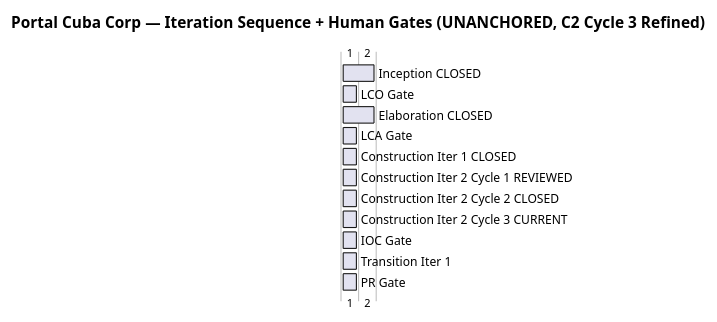
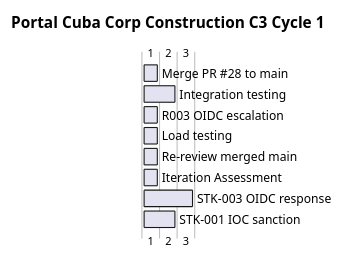
One commit to banense-test/portal-cuba-corp changed the second of 2 diagrams in docs/artifacts/project-management/iteration-plan.md. Above: the diagram before and after it, drawn with PlantUML. The commit also changed other lines of this file, not shown here.

First line of the commit message:
Project Manager [C3]: upsert Iteration Plan

````diff
--- a/docs/artifacts/project-management/iteration-plan.md
+++ b/docs/artifacts/project-management/iteration-plan.md
@@ -46,17 +77,14 @@
 ```plantuml
 @startgantt
-title Portal Cuba Corp — Iteration Sequence + Human Gates (UNANCHORED, C2 Cycle 3 Refined)
+title Portal Cuba Corp Construction C3 Cycle 1
 
-[Inception CLOSED] lasts 2 days
-[LCO Gate] lasts 1 day
-[Elaboration CLOSED] lasts 2 days
-[LCA Gate] lasts 1 day
-[Construction Iter 1 CLOSED] lasts 1 day
-[Construction Iter 2 Cycle 1 REVIEWED] lasts 1 day
-[Construction Iter 2 Cycle 2 CLOSED] lasts 1 day
-[Construction Iter 2 Cycle 3 CURRENT] lasts 1 day
-[IOC Gate] lasts 1 day
-[Transition Iter 1] lasts 1 day
-[PR Gate] lasts 1 day
+[Merge PR #28 to main] lasts 1 days
+[Integration testing] lasts 2 days
+[R003 OIDC escalation] lasts 1 days
+[Load testing] lasts 1 days
+[Re-review merged main] lasts 1 days
+[Iteration Assessment] lasts 1 days
+[STK-003 OIDC response] lasts 3 days
+[STK-001 IOC sanction] lasts 2 days
 @endgantt
 ```
````
